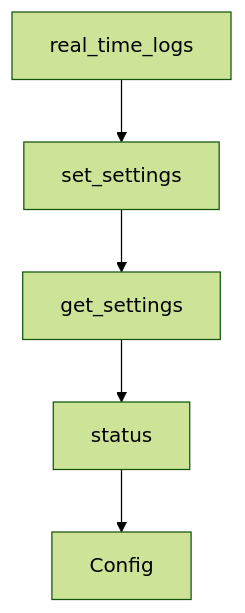
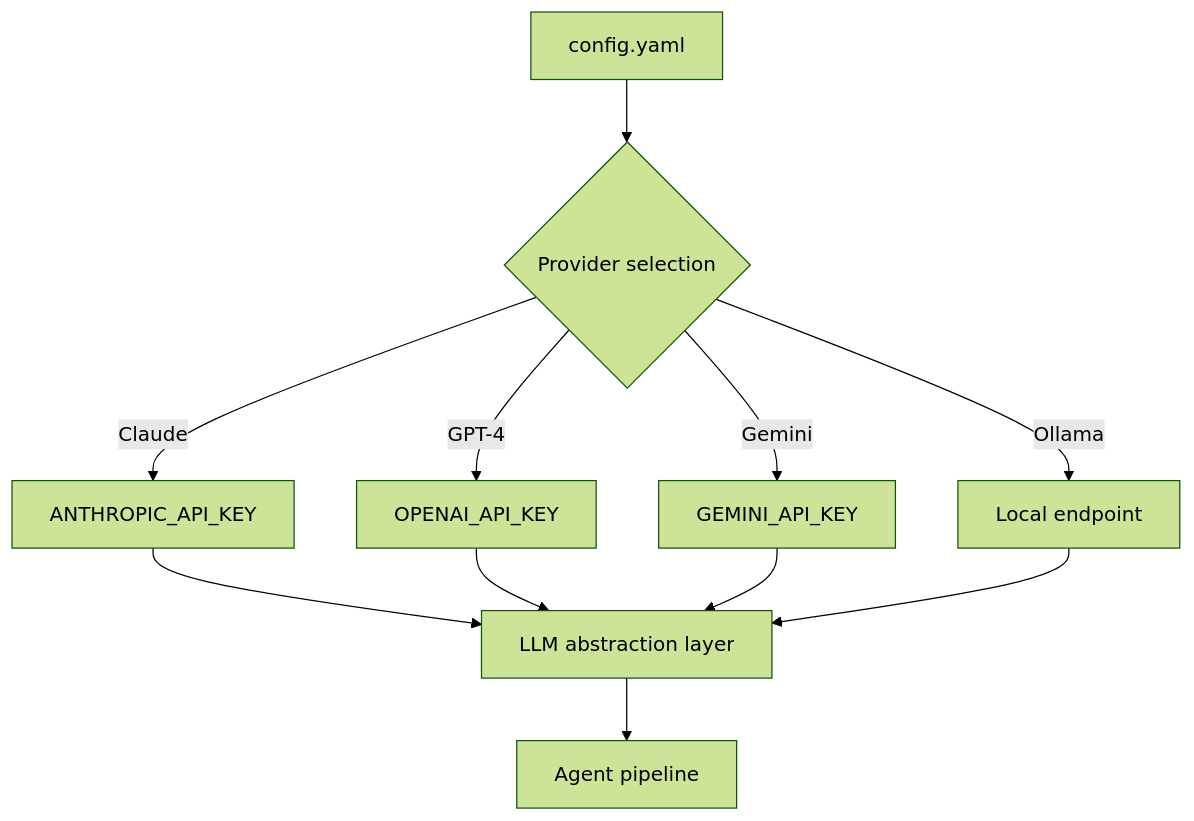
Before and after one commit to johnxie/awesome-code-docs: the diagram in tutorials/devika-tutorial/03-llm-provider-configuration.md, drawn with Mermaid (forest theme). The commit also changed other lines of this file and 1232 other files, not shown here.

````diff
--- a/tutorials/devika-tutorial/03-llm-provider-configuration.md
+++ b/tutorials/devika-tutorial/03-llm-provider-configuration.md
@@ -167,12 +44,13 @@
 ```mermaid
 flowchart TD
-    A[real_time_logs]
-    B[set_settings]
-    C[get_settings]
-    D[status]
-    E[Config]
-    A --> B
-    B --> C
-    C --> D
-    D --> E
+    A[config.yaml] --> B{Provider selection}
+    B -->|Claude| C[ANTHROPIC_API_KEY]
+    B -->|GPT-4| D[OPENAI_API_KEY]
+    B -->|Gemini| E[GEMINI_API_KEY]
+    B -->|Ollama| F[Local endpoint]
+    C --> G[LLM abstraction layer]
+    D --> G
+    E --> G
+    F --> G
+    G --> H[Agent pipeline]
 ```
````
